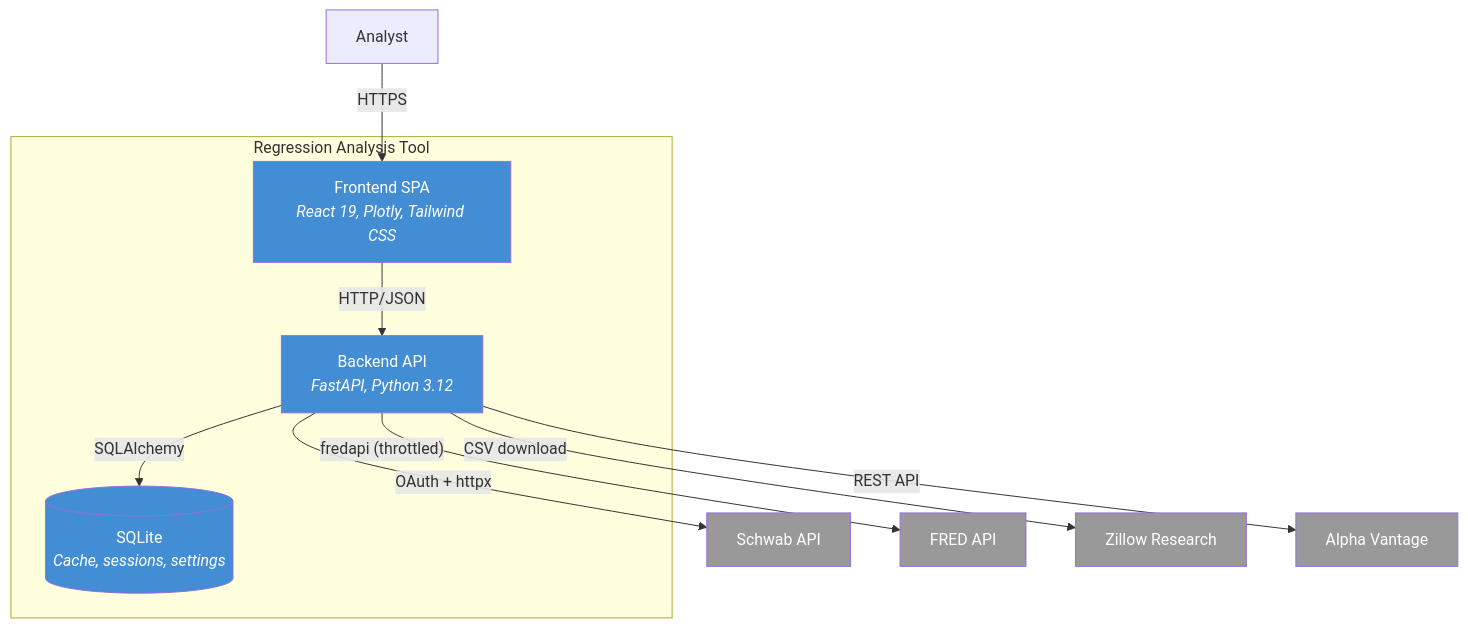
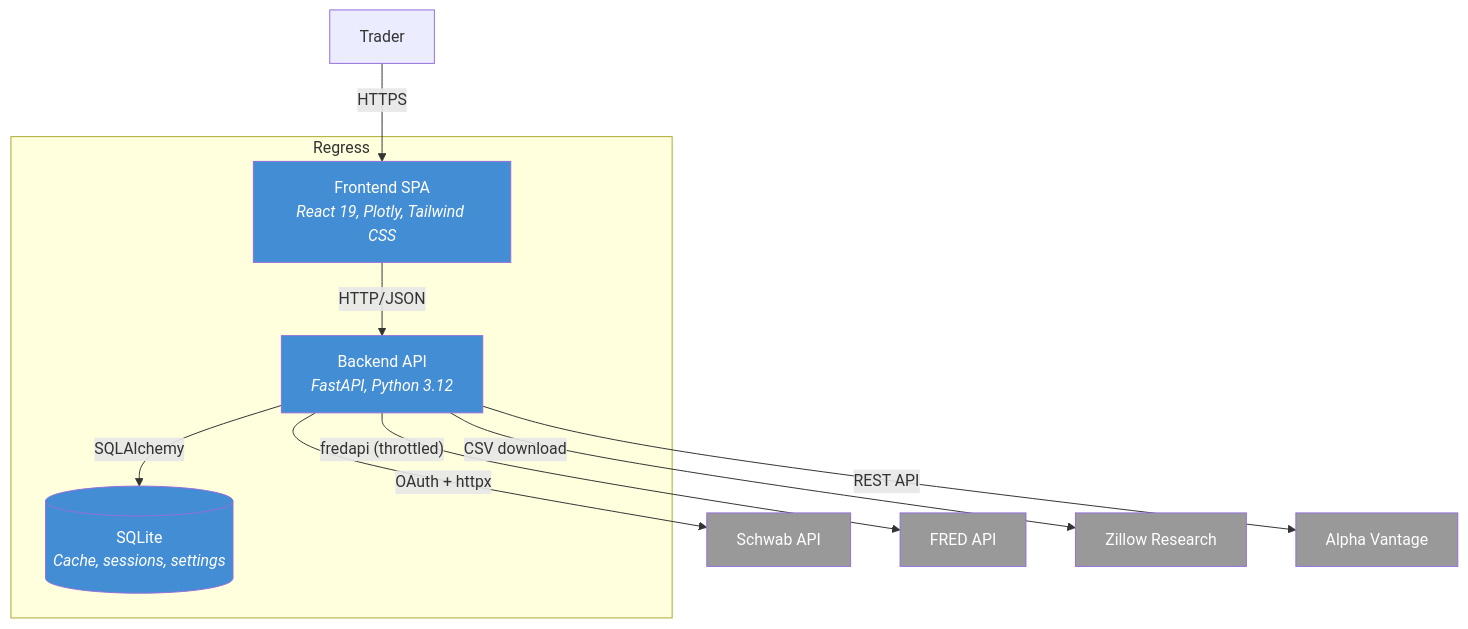
The second of 4 diagrams in README.md (ssandy33/regress), drawn with Mermaid before and after one commit. The commit also changed other lines of this file, not shown here.

First line of the commit message:
docs(readme): reposition Regress as wheel-strategy trading cockpit

````diff
--- a/README.md
+++ b/README.md
@@ -121,31 +123,31 @@
 ```mermaid
 graph TB
-    User["Analyst"]
+    User["Trader"]
 
-    subgraph sys ["Regression Analysis Tool"]
+    subgraph sys ["Regress"]
         Frontend["Frontend SPA<br/><i>React 19, Plotly, Tailwind CSS</i>"]
         Backend["Backend API<br/><i>FastAPI, Python 3.12</i>"]
         DB[("SQLite<br/><i>Cache, sessions, settings</i>")]
     end
 
     Schwab["Schwab API"]
     FRED["FRED API"]
     Zillow["Zillow Research"]
     AV["Alpha Vantage"]
 
     User -->|"HTTPS"| Frontend
     Frontend -->|"HTTP/JSON"| Backend
     Backend -->|"SQLAlchemy"| DB
     Backend -->|"OAuth + httpx"| Schwab
     Backend -->|"fredapi (throttled)"| FRED
     Backend -->|"CSV download"| Zillow
     Backend -->|"REST API"| AV
 
     style Frontend fill:#438DD5,color:#fff
     style Backend fill:#438DD5,color:#fff
     style DB fill:#438DD5,color:#fff
     style Schwab fill:#999,color:#fff
     style AV fill:#999,color:#fff
     style FRED fill:#999,color:#fff
     style Zillow fill:#999,color:#fff
 ```
````
